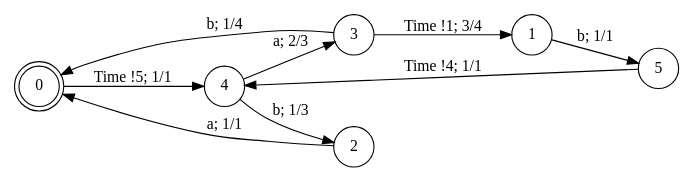
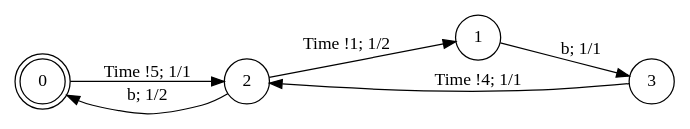
Before and after one commit to irmanfaqrizal/ptsv: the diagram in experiments/slides/pretty/slides-min-pts-fractional.dot, drawn with Graphviz. The commit also changed 56 other files, not shown here.

```diff
--- a/experiments/slides/pretty/slides-min-pts-fractional.dot
+++ b/experiments/slides/pretty/slides-min-pts-fractional.dot
@@ -1,15 +1,12 @@
 digraph BCG {
 size = "7, 10.5";
 center = TRUE;
 rankdir=LR;
 node [shape = circle];
 0 [peripheries = 2];
-0 -> 4 [label = "Time !5; 1/1"];
-1 -> 5 [label = "b; 1/1"];
-2 -> 0 [label = "a; 1/1"];
-3 -> 1 [label = "Time !1; 3/4"];
-3 -> 0 [label = "b; 1/4"];
-4 -> 3 [label = "a; 2/3"];
-4 -> 2 [label = "b; 1/3"];
-5 -> 4 [label = "Time !4; 1/1"];
+0 -> 2 [label = "Time !5; 1/1"];
+1 -> 3 [label = "b; 1/1"];
+2 -> 0 [label = "b; 1/2"];
+2 -> 1 [label = "Time !1; 1/2"];
+3 -> 2 [label = "Time !4; 1/1"];
 }
```
